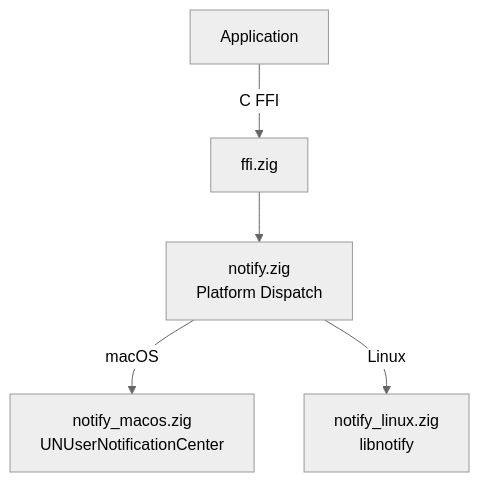
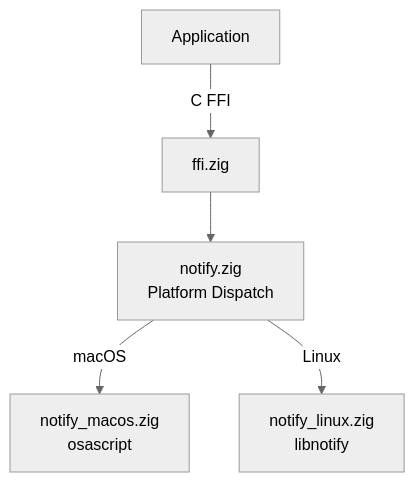
The diagram in docs/index.md (Jesssullivan/zig-notify), drawn with Mermaid (neutral theme) before and after one commit. The commit also changed other lines of this file and 29 other files, not shown here.

Commit message:
Truth zig-notify package and platform docs

````diff
--- a/docs/index.md
+++ b/docs/index.md
@@ -27,7 +28,7 @@
 ```mermaid
 graph TD
     A[Application] -->|C FFI| B[ffi.zig]
     B --> C[notify.zig<br/>Platform Dispatch]
-    C -->|macOS| D[notify_macos.zig<br/>UNUserNotificationCenter]
+    C -->|macOS| D[notify_macos.zig<br/>osascript]
     C -->|Linux| E[notify_linux.zig<br/>libnotify]
 ```
````
